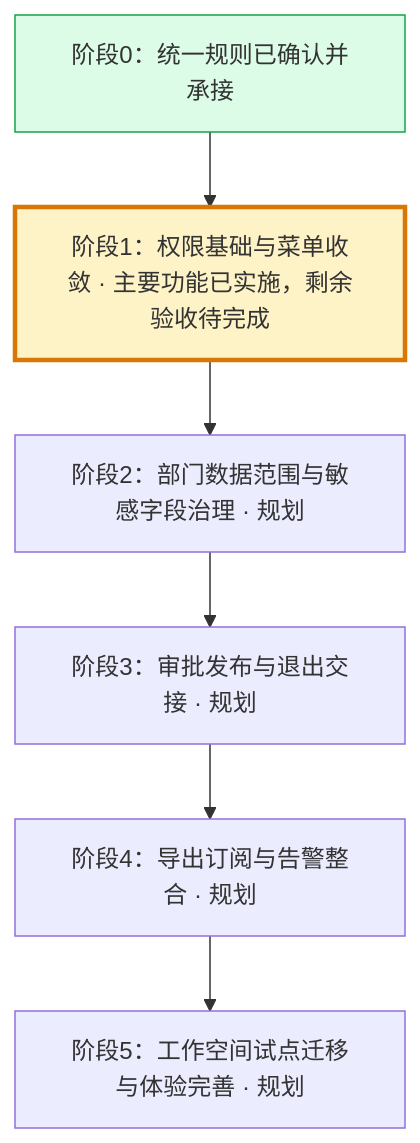
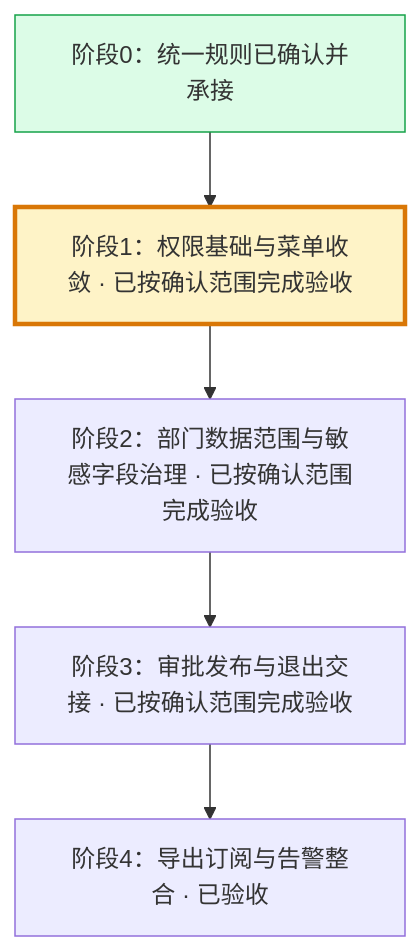
One commit to xielforever/DBHub changed the diagram in docs/项目管控/开发路线图与当前任务.md. Above: the diagram before and after it, drawn with Mermaid. The commit also changed other lines of this file and 99 other files, not shown here.

````diff
--- a/docs/项目管控/开发路线图与当前任务.md
+++ b/docs/项目管控/开发路线图与当前任务.md
@@ -12,12 +1018,11 @@
 ```mermaid
 flowchart TD
     A["阶段0：统一规则已确认并承接"]
-    B["阶段1：权限基础与菜单收敛 · 主要功能已实施，剩余验收待完成"]
-    C["阶段2：部门数据范围与敏感字段治理 · 规划"]
-    D["阶段3：审批发布与退出交接 · 规划"]
-    E["阶段4：导出订阅与告警整合 · 规划"]
-    F["阶段5：工作空间试点迁移与体验完善 · 规划"]
-    A --> B --> C --> D --> E --> F
+    B["阶段1：权限基础与菜单收敛 · 已按确认范围完成验收"]
+    C["阶段2：部门数据范围与敏感字段治理 · 已按确认范围完成验收"]
+    D["阶段3：审批发布与退出交接 · 已按确认范围完成验收"]
+    E["阶段4：导出订阅与告警整合 · 已验收"]
+    A --> B --> C --> D --> E
     style A fill:#dcfce7,stroke:#16a34a
     style B fill:#fef3c7,stroke:#d97706,stroke-width:3px
 ```
````
